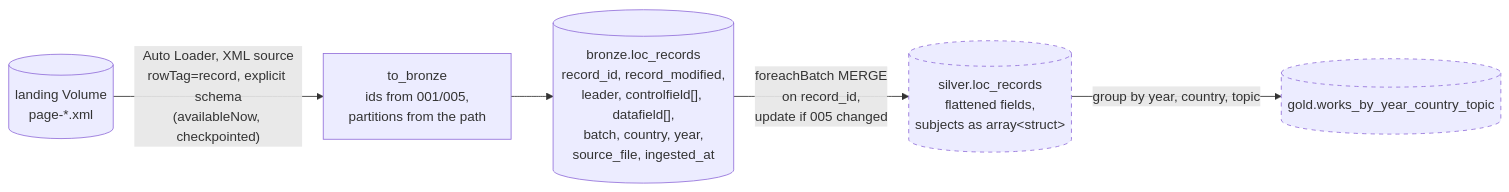
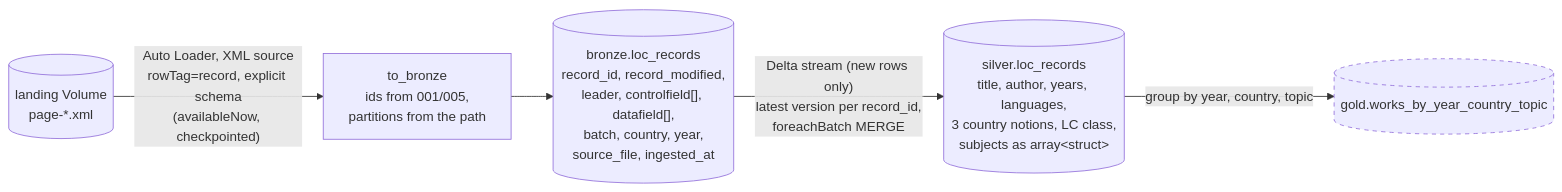
One commit to lawttaro-dev/databricks-lakehouse changed the fifth of 5 diagrams in docs/04-architecture.md. Above: the diagram before and after it, drawn with Mermaid. The commit also changed other lines of this file and 13 other files, not shown here.

First line of the commit message:
feat(silver): flatten MARC records and upsert them with MERGE

````diff
--- a/docs/04-architecture.md
+++ b/docs/04-architecture.md
@@ -211,10 +212,10 @@
 ```mermaid
 flowchart LR
     V[("landing Volume<br/>page-*.xml")] -->|"Auto Loader, XML source<br/>rowTag=record, explicit schema<br/>(availableNow, checkpointed)"| P["to_bronze<br/>ids from 001/005,<br/>partitions from the path"]
     P --> B[("bronze.loc_records<br/>record_id, record_modified,<br/>leader, controlfield[], datafield[],<br/>batch, country, year,<br/>source_file, ingested_at")]
-    B -->|"foreachBatch MERGE<br/>on record_id,<br/>update if 005 changed"| S[("silver.loc_records<br/>flattened fields,<br/>subjects as array#lt;struct#gt;")]
+    B -->|"Delta stream (new rows only)<br/>latest version per record_id,<br/>foreachBatch MERGE"| S[("silver.loc_records<br/>title, author, years, languages,<br/>3 country notions, LC class,<br/>subjects as array#lt;struct#gt;")]
     S -->|"group by year, country, topic"| G[("gold.works_by_year_country_topic")]
 
     classDef planned stroke-dasharray: 5 5
-    class S,G planned
+    class G planned
 ```
````
